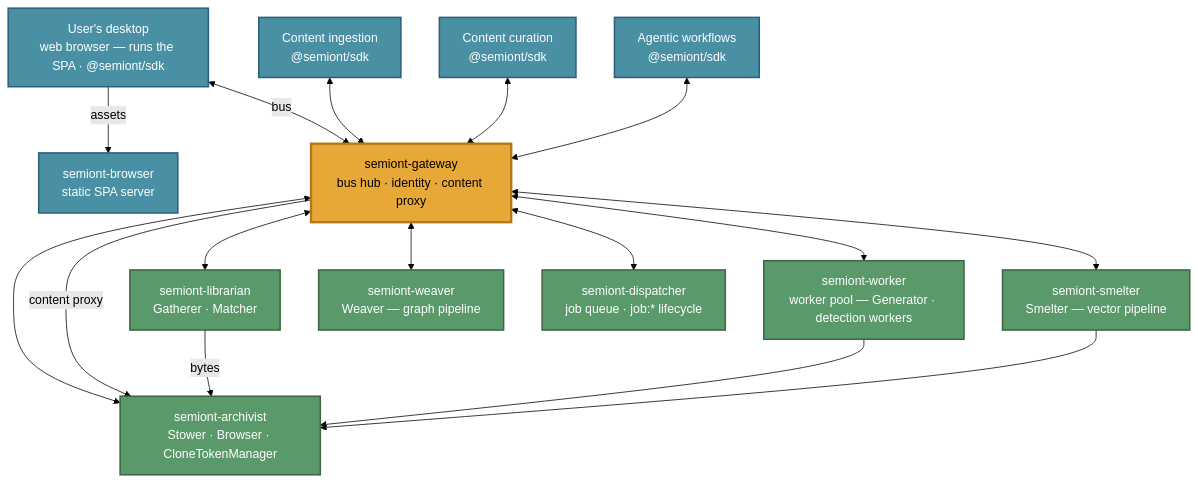
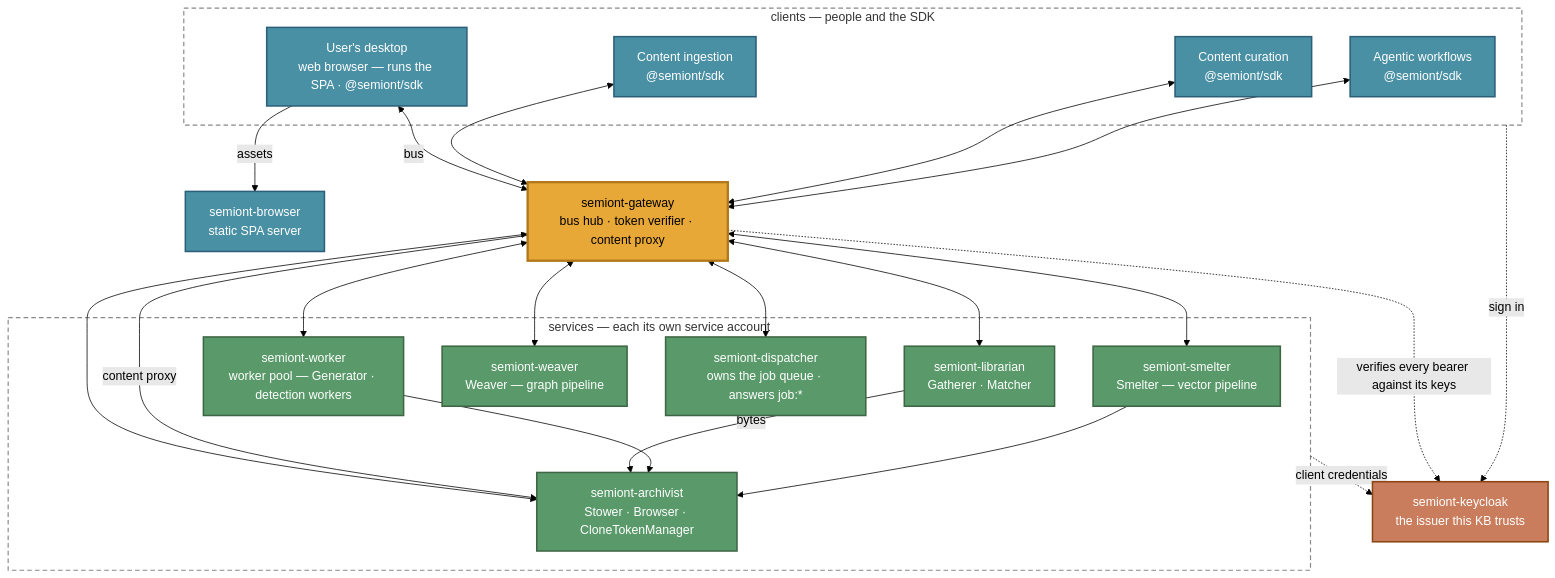
One commit to The-AI-Alliance/semiont changed the first of 2 diagrams in docs/system/CONTAINER-TOPOLOGY.md. Above: the diagram before and after it, drawn with Mermaid (forest theme). The commit also changed other lines of this file, not shown here.

Commit message:
diagram updates

````diff
--- a/docs/system/CONTAINER-TOPOLOGY.md
+++ b/docs/system/CONTAINER-TOPOLOGY.md
@@ -19,43 +19,56 @@
 ```mermaid
 graph TB
-    USER["User's desktop<br/>web browser — runs the SPA · @semiont/sdk"]
-    INGEST["Content ingestion<br/>@semiont/sdk"]
-    CURATE["Content curation<br/>@semiont/sdk"]
-    AGENT["Agentic workflows<br/>@semiont/sdk"]
+    subgraph CLIENTS ["clients — people and the SDK"]
+        USER["User's desktop<br/>web browser — runs the SPA · @semiont/sdk"]
+        INGEST["Content ingestion<br/>@semiont/sdk"]
+        CURATE["Content curation<br/>@semiont/sdk"]
+        AGENT["Agentic workflows<br/>@semiont/sdk"]
+    end
 
     BROWSERC["semiont-browser<br/>static SPA server"]
-    GW["semiont-gateway<br/>bus hub · identity · content proxy"]
+    GW["semiont-gateway<br/>bus hub · token verifier · content proxy"]
+    KC["semiont-keycloak<br/>the issuer this KB trusts"]
 
-    LIB["semiont-librarian<br/>Gatherer · Matcher"]
-    WORKER["semiont-worker<br/>worker pool — Generator · detection workers"]
-    SMELT["semiont-smelter<br/>Smelter — vector pipeline"]
-    WEAVE["semiont-weaver<br/>Weaver — graph pipeline"]
-    ARCH["semiont-archivist<br/>Stower · Browser · CloneTokenManager"]
-    DISP["semiont-dispatcher<br/>job queue · job:* lifecycle"]
+    subgraph SERVICES ["services — each its own service account"]
+        LIB["semiont-librarian<br/>Gatherer · Matcher"]
+        WORKER["semiont-worker<br/>worker pool — Generator · detection workers"]
+        SMELT["semiont-smelter<br/>Smelter — vector pipeline"]
+        WEAVE["semiont-weaver<br/>Weaver — graph pipeline"]
+        ARCH["semiont-archivist<br/>Stower · Browser · CloneTokenManager"]
+        DISP["semiont-dispatcher<br/>owns the job queue · answers job:*"]
+    end
 
     USER -->|assets| BROWSERC
     USER <-->|bus| GW
     INGEST <--> GW
     CURATE <--> GW
     AGENT <--> GW
 
     GW <--> LIB
     GW <--> WORKER
     GW <--> SMELT
     GW <--> WEAVE
     GW <--> ARCH
     GW <--> DISP
 
     GW -->|content proxy| ARCH
     LIB -->|bytes| ARCH
     WORKER --> ARCH
     SMELT --> ARCH
 
+    CLIENTS -.->|sign in| KC
+    SERVICES -.->|client credentials| KC
+    GW -.->|verifies every bearer against its keys| KC
+
     classDef client fill:#4a90a4,stroke:#2c5f7a,stroke-width:2px,color:#fff
     classDef svc fill:#5a9a6a,stroke:#3d6644,stroke-width:2px,color:#fff
     classDef hub fill:#e8a838,stroke:#b07818,stroke-width:3px,color:#000
+    classDef infra fill:#c97d5d,stroke:#8b4513,stroke-width:2px,color:#fff
 
     class USER,INGEST,CURATE,AGENT,BROWSERC client
     class LIB,WORKER,SMELT,WEAVE,ARCH,DISP svc
     class GW hub
+    class KC infra
+    style CLIENTS fill:none,stroke:#888,stroke-width:1.5px,stroke-dasharray:6 4
+    style SERVICES fill:none,stroke:#888,stroke-width:1.5px,stroke-dasharray:6 4
 ```
````
